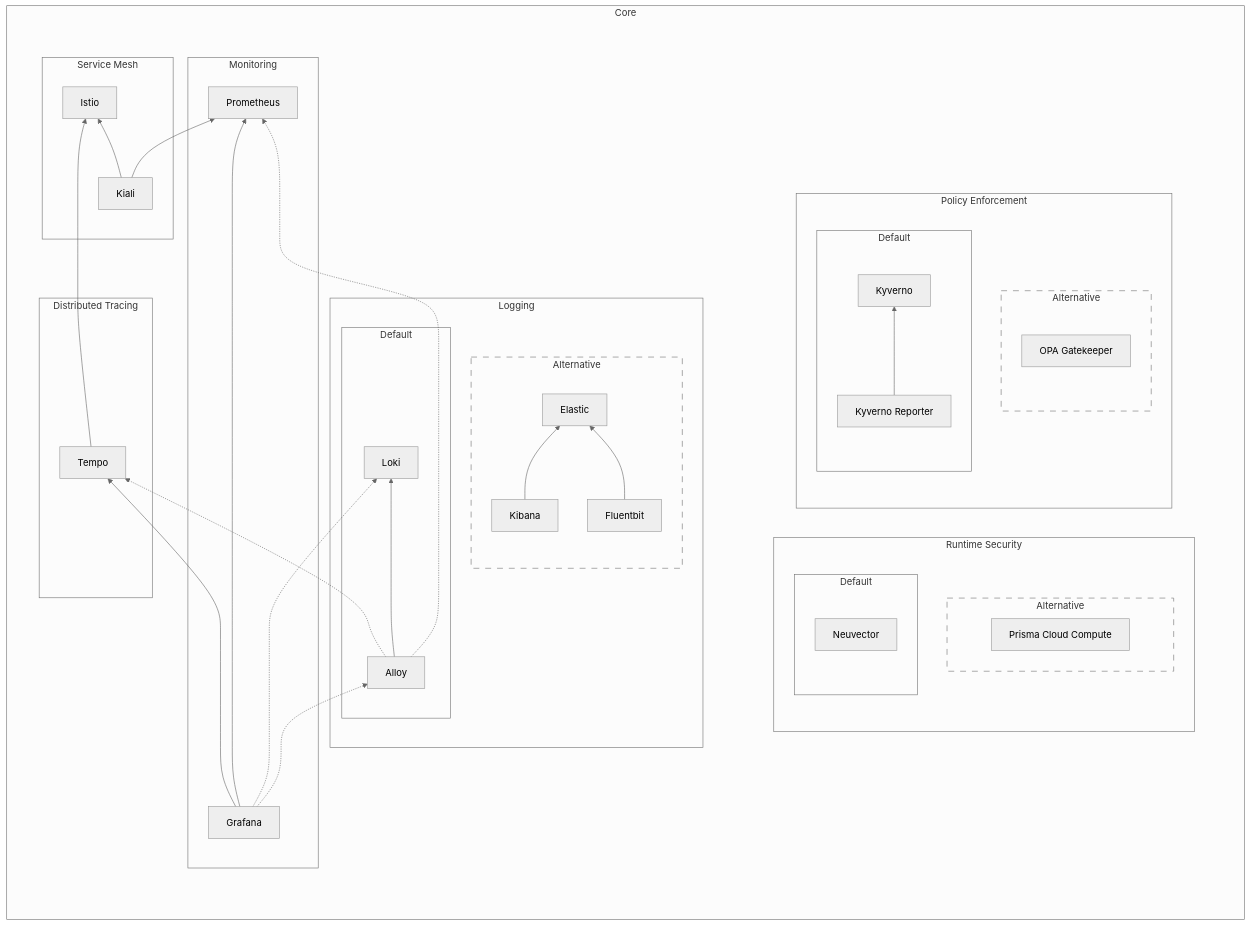
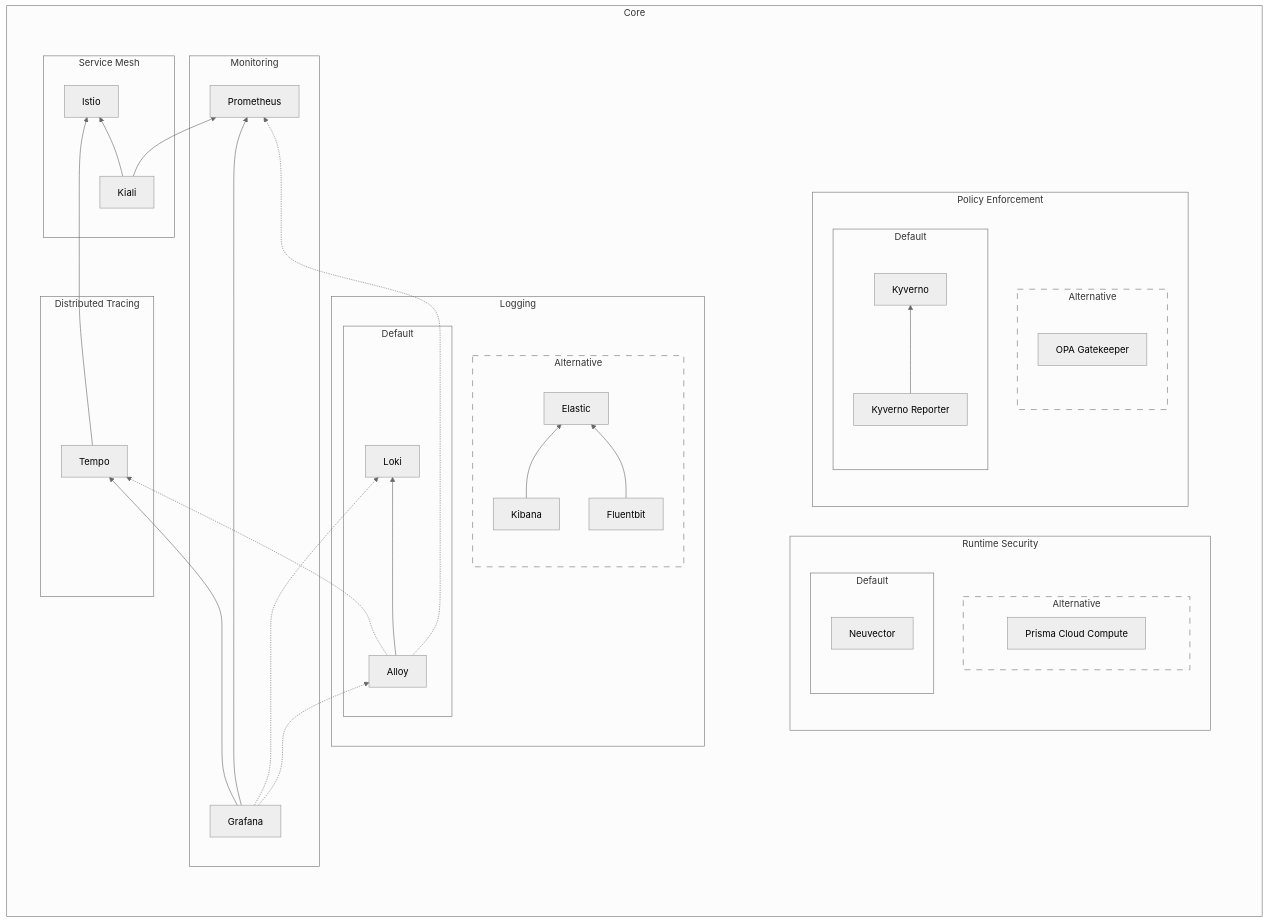
Before and after one commit to shebashio/bigbang: the first of 2 diagrams in docs/understanding-bigbang/package-architecture/README.md, drawn with Mermaid (neutral theme).

Commit message:
fix core formatting part deux

````diff
--- a/docs/understanding-bigbang/package-architecture/README.md
+++ b/docs/understanding-bigbang/package-architecture/README.md
@@ -15,10 +15,11 @@
 ```mermaid
 flowchart LR
   subgraph Core
+  direction LR
 
     subgraph Group2
       style Group2 fill:transparent,stroke:transparent,color:transparent
-      direction RL
+      direction LR
 
       subgraph RS[Runtime Security]
         subgraph CC[Alternative]
@@ -84,6 +85,7 @@
       %% Forces DT subgraph under SM subgraph
       DT ~~~ SM
 
+
       %% SM Dependencies
       Kiali --> Istio
       Kiali --> Prometheus
@@ -104,5 +106,6 @@
       Fluentbit --> Elastic
 
     end
+      Group1 ~~~ Group2
   end
 ```
````
